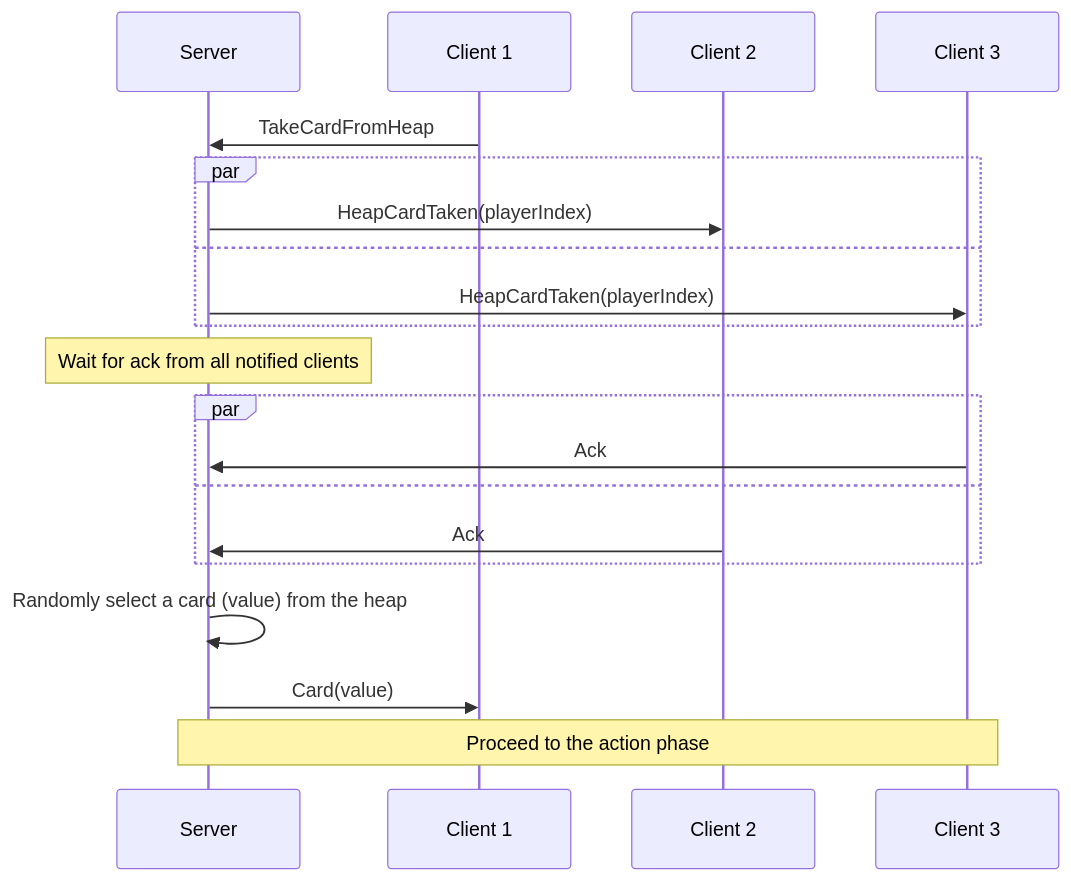
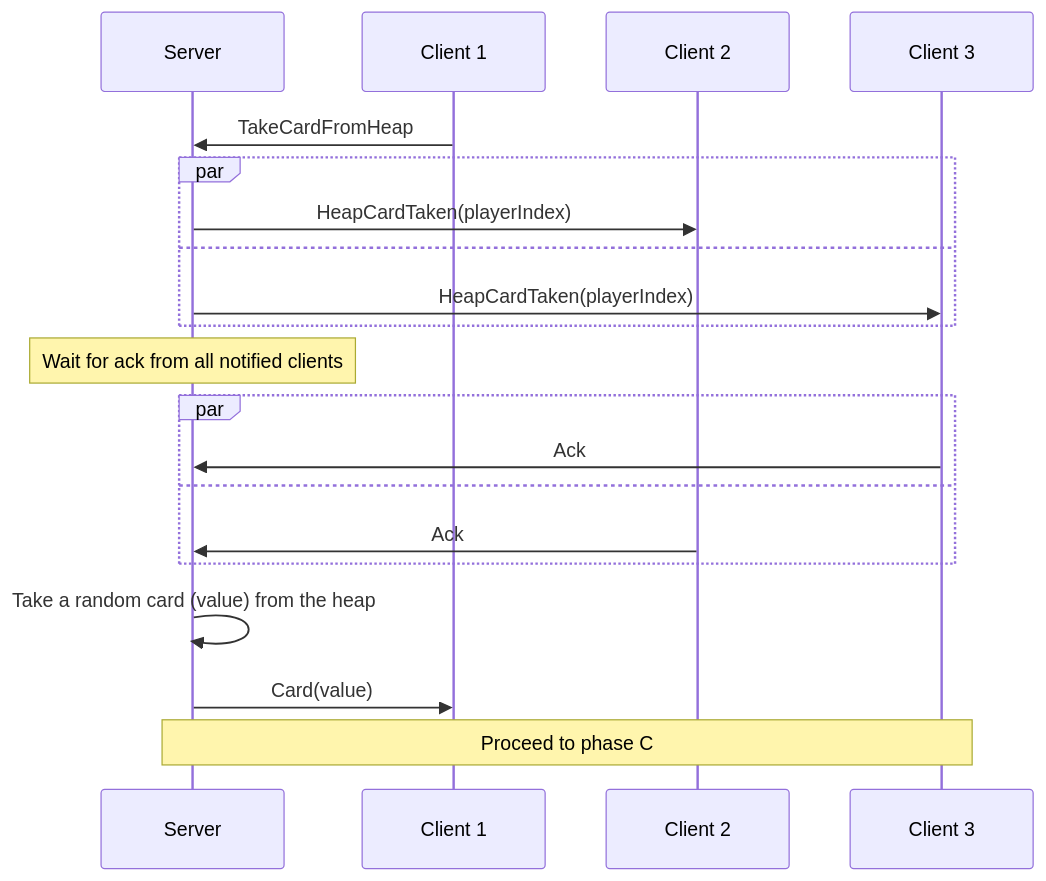
Before and after one commit to roman-zubarevich/another: the second of 8 diagrams in README.md, drawn with Mermaid. The commit also changed other lines of this file, not shown here.

````diff
--- a/README.md
+++ b/README.md
@@ -47,22 +47,22 @@
 ```mermaid
 sequenceDiagram
     participant S as Server
     participant C1 as Client 1
     participant C2 as Client 2
     participant C3 as Client 3
     C1->>S: TakeCardFromHeap
     par
         S->>C2: HeapCardTaken(playerIndex)
     and
         S->>C3: HeapCardTaken(playerIndex)
     end
     Note over S: Wait for ack from all notified clients
     par
         C3->>S: Ack
     and
         C2->>S: Ack
     end
-    S->>S: Randomly select a card (value) from the heap
+    S->>S: Take a random card (value) from the heap
     S->>C1: Card(value)
-    Note over S,C3: Proceed to the action phase
+    Note over S,C3: Proceed to phase C
 ```
````
